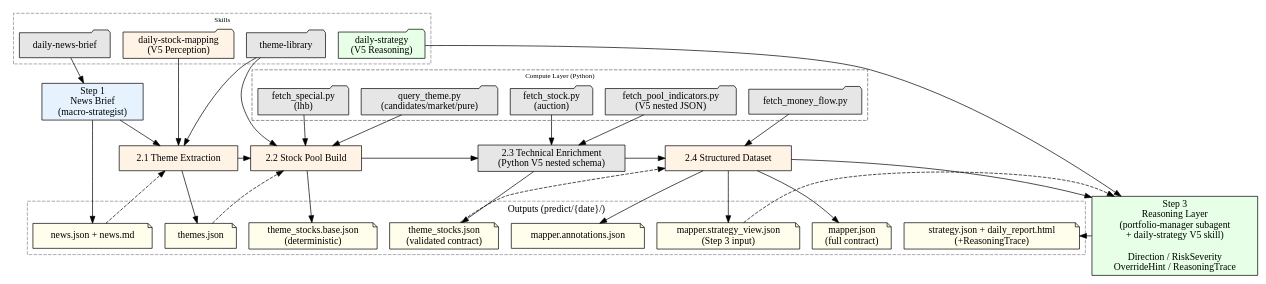
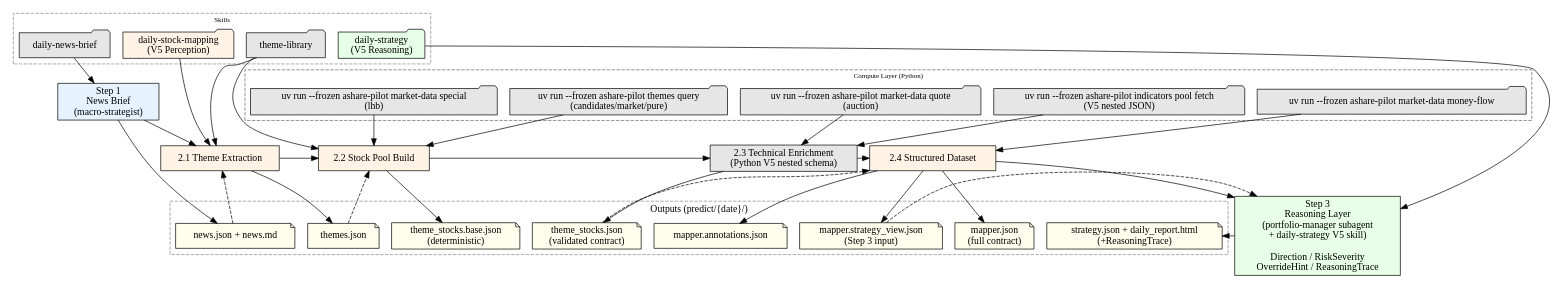
One commit to mysll/ashare-pilot changed the diagram in .opencode/skills/daily-market-analysis/SKILL.md. Above: the diagram before and after it, drawn with Graphviz. The commit also changed other lines of this file and 359 other files, not shown here.

```diff
--- a/.opencode/skills/daily-market-analysis/SKILL.md
+++ b/.opencode/skills/daily-market-analysis/SKILL.md
@@ -49,11 +49,11 @@
         color="#666666";
         fontsize=10;
 
-        "fetch_pool_indicators.py\n(V5 nested JSON)" [shape=folder, style=filled, fillcolor="#e6e6e6"];
-        "fetch_stock.py\n(auction)" [shape=folder, style=filled, fillcolor="#e6e6e6"];
-        "fetch_money_flow.py" [shape=folder, style=filled, fillcolor="#e6e6e6"];
-        "fetch_special.py\n(lhb)" [shape=folder, style=filled, fillcolor="#e6e6e6"];
-        "query_theme.py\n(candidates/market/pure)" [shape=folder, style=filled, fillcolor="#e6e6e6"];
+        "uv run --frozen ashare-pilot indicators pool fetch\n(V5 nested JSON)" [shape=folder, style=filled, fillcolor="#e6e6e6"];
+        "uv run --frozen ashare-pilot market-data quote\n(auction)" [shape=folder, style=filled, fillcolor="#e6e6e6"];
+        "uv run --frozen ashare-pilot market-data money-flow" [shape=folder, style=filled, fillcolor="#e6e6e6"];
+        "uv run --frozen ashare-pilot market-data special\n(lhb)" [shape=folder, style=filled, fillcolor="#e6e6e6"];
+        "uv run --frozen ashare-pilot themes query\n(candidates/market/pure)" [shape=folder, style=filled, fillcolor="#e6e6e6"];
     }
 
     // Skills (bottom)
@@ -110,11 +110,11 @@
     "theme-library" -> "2.2 Stock Pool Build";
 
     // Compute feeds
-    "fetch_pool_indicators.py\n(V5 nested JSON)" -> "2.3 Technical Enrichment\n(Python V5 nested schema)";
-    "fetch_stock.py\n(auction)" -> "2.3 Technical Enrichment\n(Python V5 nested schema)";
-    "fetch_money_flow.py" -> "2.4 Structured Dataset";
-    "fetch_special.py\n(lhb)" -> "2.2 Stock Pool Build";
-    "query_theme.py\n(candidates/market/pure)" -> "2.2 Stock Pool Build";
+    "uv run --frozen ashare-pilot indicators pool fetch\n(V5 nested JSON)" -> "2.3 Technical Enrichment\n(Python V5 nested schema)";
+    "uv run --frozen ashare-pilot market-data quote\n(auction)" -> "2.3 Technical Enrichment\n(Python V5 nested schema)";
+    "uv run --frozen ashare-pilot market-data money-flow" -> "2.4 Structured Dataset";
+    "uv run --frozen ashare-pilot market-data special\n(lhb)" -> "2.2 Stock Pool Build";
+    "uv run --frozen ashare-pilot themes query\n(candidates/market/pure)" -> "2.2 Stock Pool Build";
 
     // Inter-stage file reads (dashed)
     "themes.json" -> "2.2 Stock Pool Build" [style=dashed];
```
